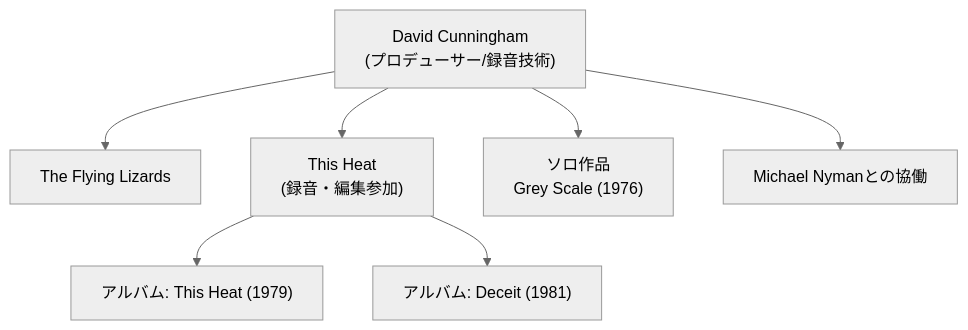
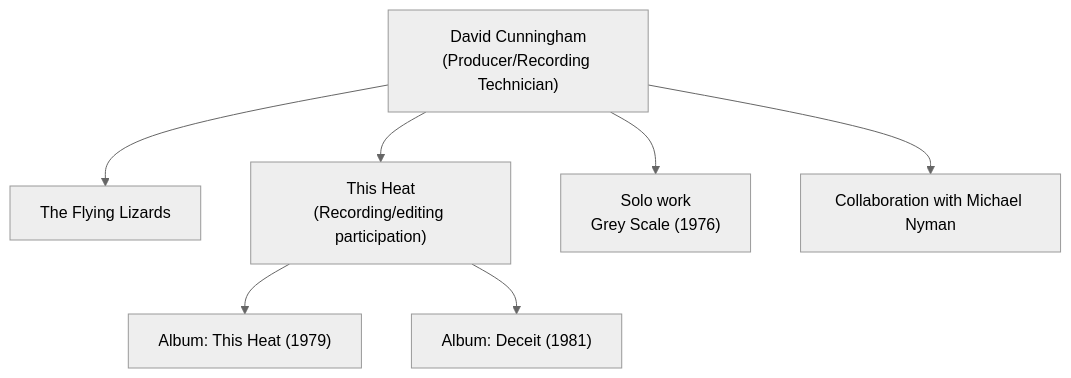
One commit to monumental-movement/monumental-movement.github.io changed the diagram in en/_posts/2025-09-27-Column-David-Cunningham-This-Heat.md. Above: the diagram before and after it, drawn with Mermaid (neutral theme). The commit also changed other lines of this file and 1719 other files, not shown here.

```diff
--- a/en/_posts/2025-09-27-Column-David-Cunningham-This-Heat.md
+++ b/en/_posts/2025-09-27-Column-David-Cunningham-This-Heat.md
@@ -157,9 +163,9 @@
 <div class="mermaid">
 flowchart TD
-    A["David Cunningham<br>(プロデューサー/録音技術)"] --> B["The Flying Lizards"]
-    A --> C["This Heat<br>(録音・編集参加)"]
-    C --> D["アルバム: This Heat (1979)"]
-    C --> E["アルバム: Deceit (1981)"]
-    A --> F["ソロ作品<br>Grey Scale (1976)"]
-    A --> G["Michael Nymanとの協働"]
+A["David Cunningham<br>(Producer/Recording Technician)"] --> B["The Flying Lizards"]
+A --> C["This Heat<br>(Recording/editing participation)"]
+C --> D["Album: This Heat (1979)"]
+C --> E["Album: Deceit (1981)"]
+A --> F["Solo work<br>Grey Scale (1976)"]
+A --> G["Collaboration with Michael Nyman"]
 </div>
```
